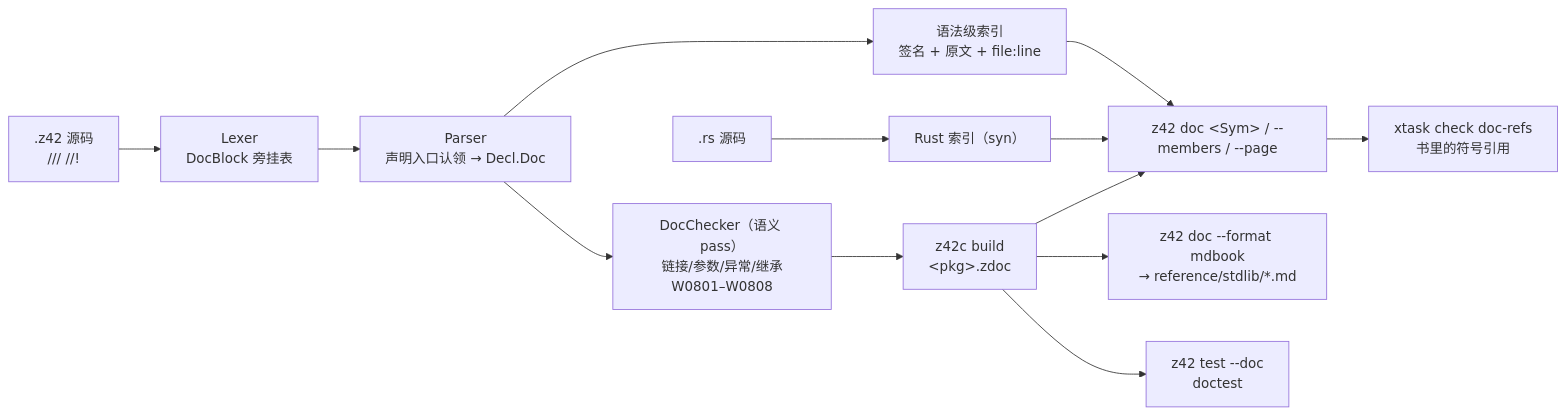
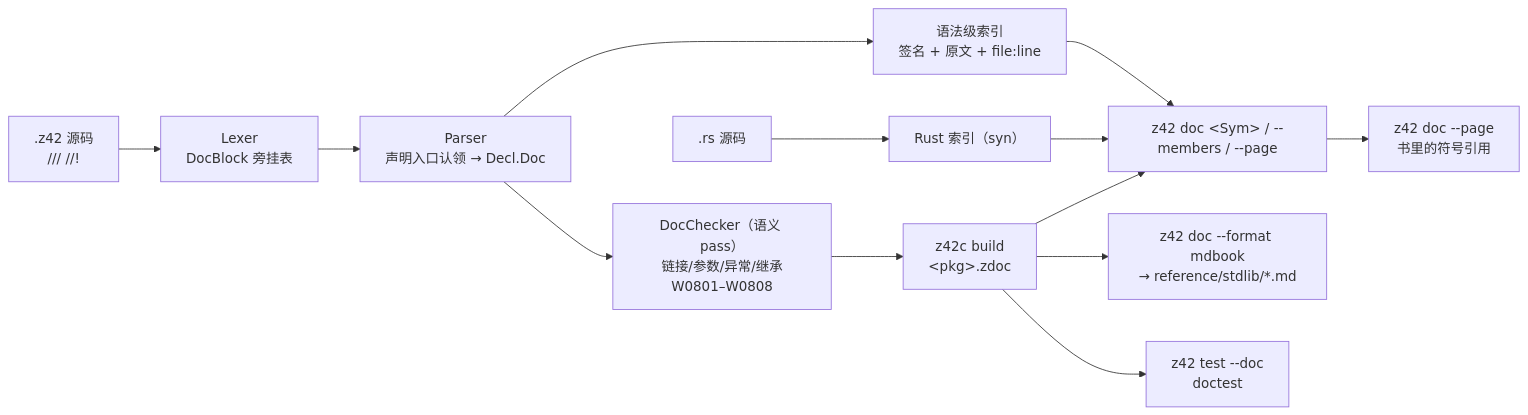
The diagram in docs/z42-doc.md (z42-lang/z42), drawn with Mermaid before and after one commit. The commit also changed other lines of this file and 8 other files, not shown here.

Commit message:
chore(docs): 退役 check doc-refs 批量报告——引用清零后连报告删（doc-refs 战役收官） (#1753)

````diff
--- a/docs/z42-doc.md
+++ b/docs/z42-doc.md
@@ -197,15 +197,15 @@
 ```mermaid
 flowchart LR
   src[".z42 源码<br/>/// //!"] --> lex["Lexer<br/>DocBlock 旁挂表"]
   lex --> parse["Parser<br/>声明入口认领 → Decl.Doc"]
   parse --> idx["语法级索引<br/>签名 + 原文 + file:line"]
   parse --> sem["DocChecker（语义 pass）<br/>链接/参数/异常/继承<br/>W0801–W0808"]
   rs[".rs 源码"] --> ridx["Rust 索引（syn）"]
   sem --> emit["z42c build<br/>&lt;pkg&gt;.zdoc"]
   idx --> q["z42 doc &lt;Sym&gt; / --members / --page"]
   ridx --> q
   emit --> q
   emit --> md["z42 doc --format mdbook<br/>→ reference/stdlib/*.md"]
   emit --> dt["z42 test --doc<br/>doctest"]
-  q --> chk["xtask check doc-refs<br/>书里的符号引用"]
+  q --> chk["z42 doc --page<br/>书里的符号引用"]
 ```
````
